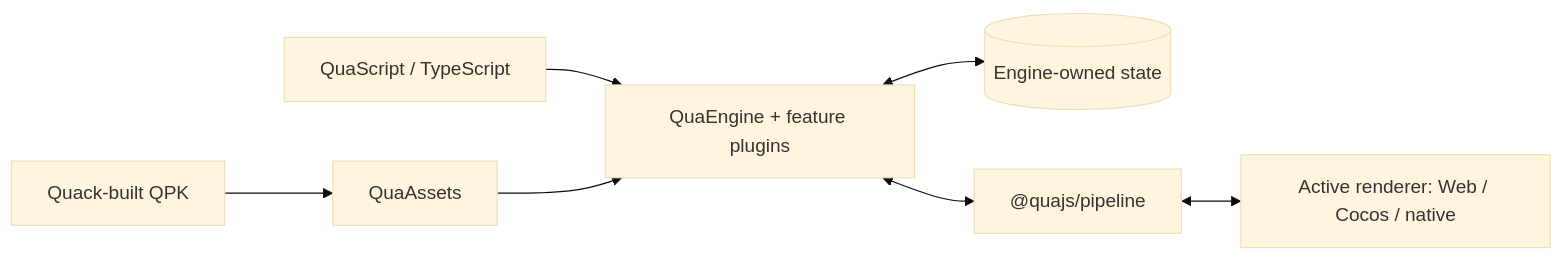
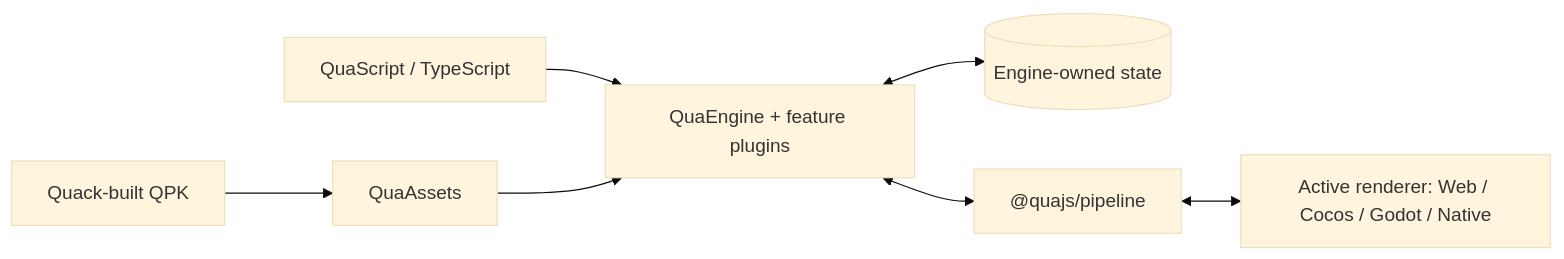
The diagram in README.md (QuaDevTeam/QuaEngine), drawn with Mermaid (base theme) before and after one commit. The commit also changed other lines of this file and 36 other files, not shown here.

````diff
--- a/README.md
+++ b/README.md
@@ -171,9 +185,9 @@
 ```mermaid
 flowchart LR
   Author["QuaScript / TypeScript"] --> Engine["QuaEngine + feature plugins"]
   Engine <--> Store[("Engine-owned state")]
   Engine <--> Pipeline["@quajs/pipeline"]
-  Pipeline <--> Renderer["Active renderer: Web / Cocos / native"]
+  Pipeline <--> Renderer["Active renderer: Web / Cocos / Godot / Native"]
   QPK["Quack-built QPK"] --> Assets["QuaAssets"]
   Assets --> Engine
 ```
````
